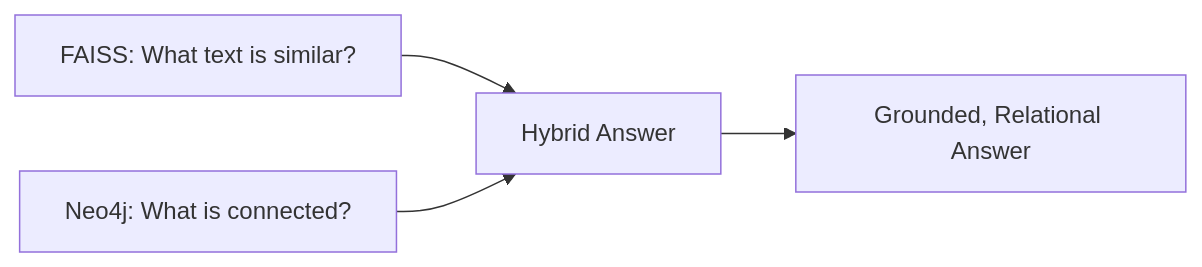
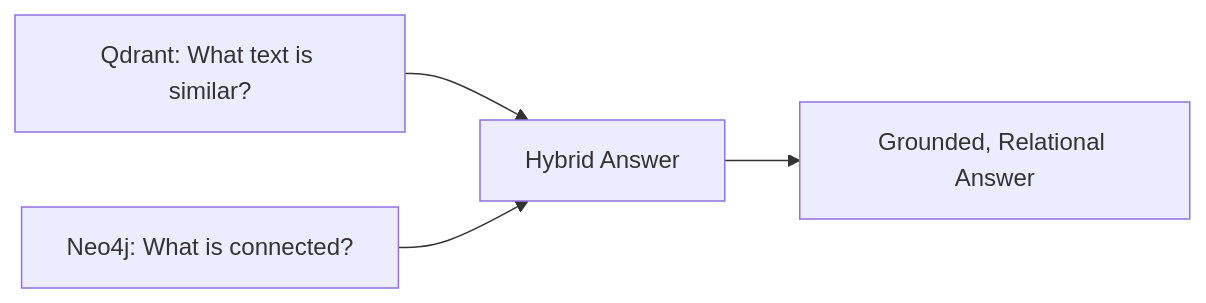
The first of 9 diagrams in docs/11_KNOWLEDGE_GRAPH.md (pratapVansh/TRACE), drawn with Mermaid before and after one commit. The commit also changed other lines of this file and 60 other files, not shown here.

````diff
--- a/docs/11_KNOWLEDGE_GRAPH.md
+++ b/docs/11_KNOWLEDGE_GRAPH.md
@@ -30,6 +30,6 @@
 ```mermaid
 flowchart LR
-    VEC["FAISS: What text is similar?"] --> HYBRID["Hybrid Answer"]
+    VEC["Qdrant: What text is similar?"] --> HYBRID["Hybrid Answer"]
     NEO["Neo4j: What is connected?"] --> HYBRID
     HYBRID --> ANS["Grounded, Relational Answer"]
 ```
````
